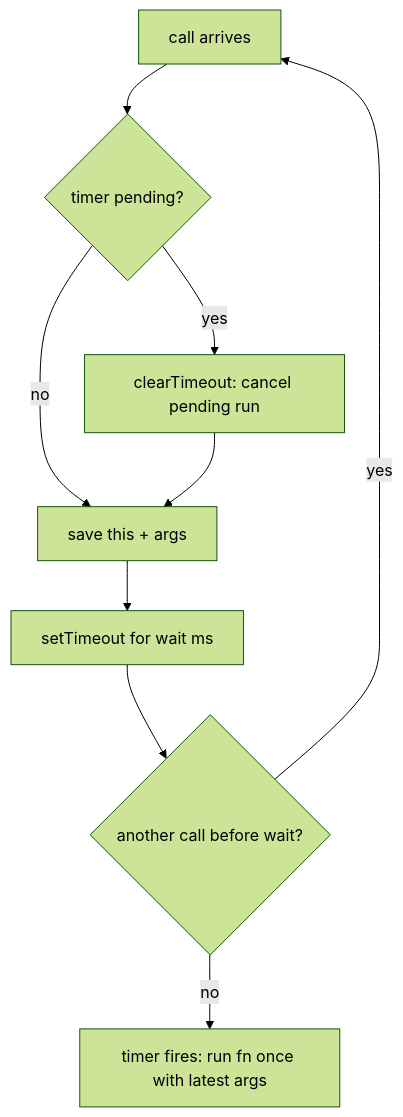
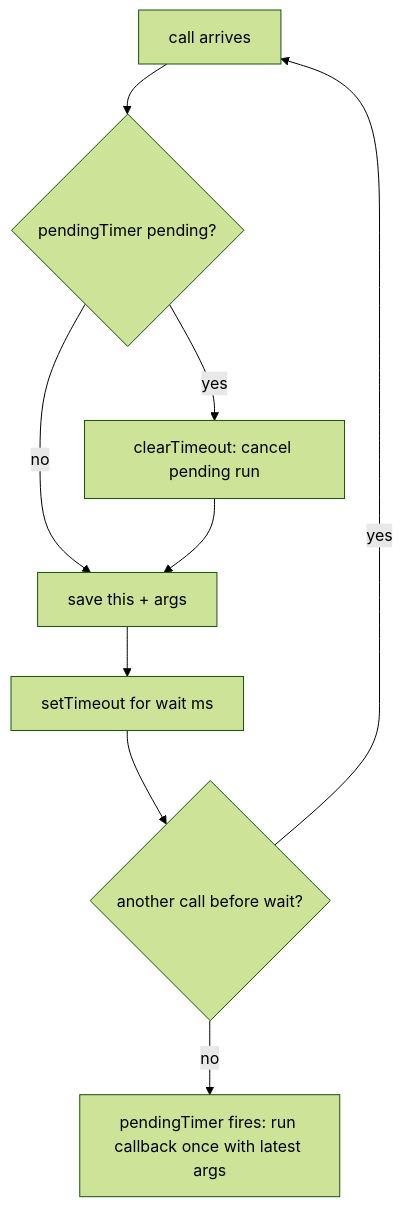
The diagram in frontend/rate-limiting/debounce/README.md (Albertobar94/ts-algorithms), drawn with Mermaid (forest theme) before and after one commit. The commit also changed other lines of this file and 43 other files, not shown here.

````diff
--- a/frontend/rate-limiting/debounce/README.md
+++ b/frontend/rate-limiting/debounce/README.md
@@ -72,11 +76,11 @@
 ```mermaid
 flowchart TD
-    A[call arrives] --> B{timer pending?}
+    A[call arrives] --> B{pendingTimer pending?}
     B -- yes --> C[clearTimeout: cancel pending run]
     B -- no --> D[save this + args]
     C --> D
     D --> E[setTimeout for wait ms]
     E --> F{another call before wait?}
     F -- yes --> A
-    F -- no --> G[timer fires: run fn once with latest args]
+    F -- no --> G[pendingTimer fires: run callback once with latest args]
 ```
````
